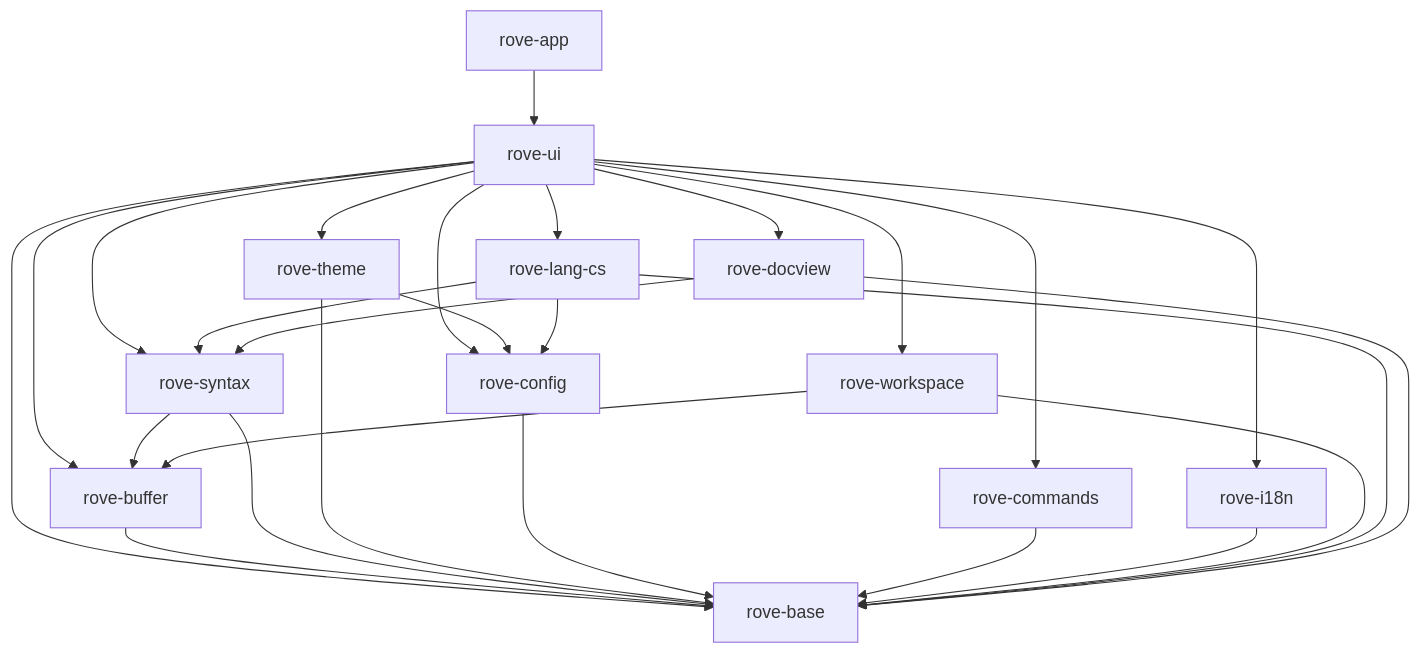
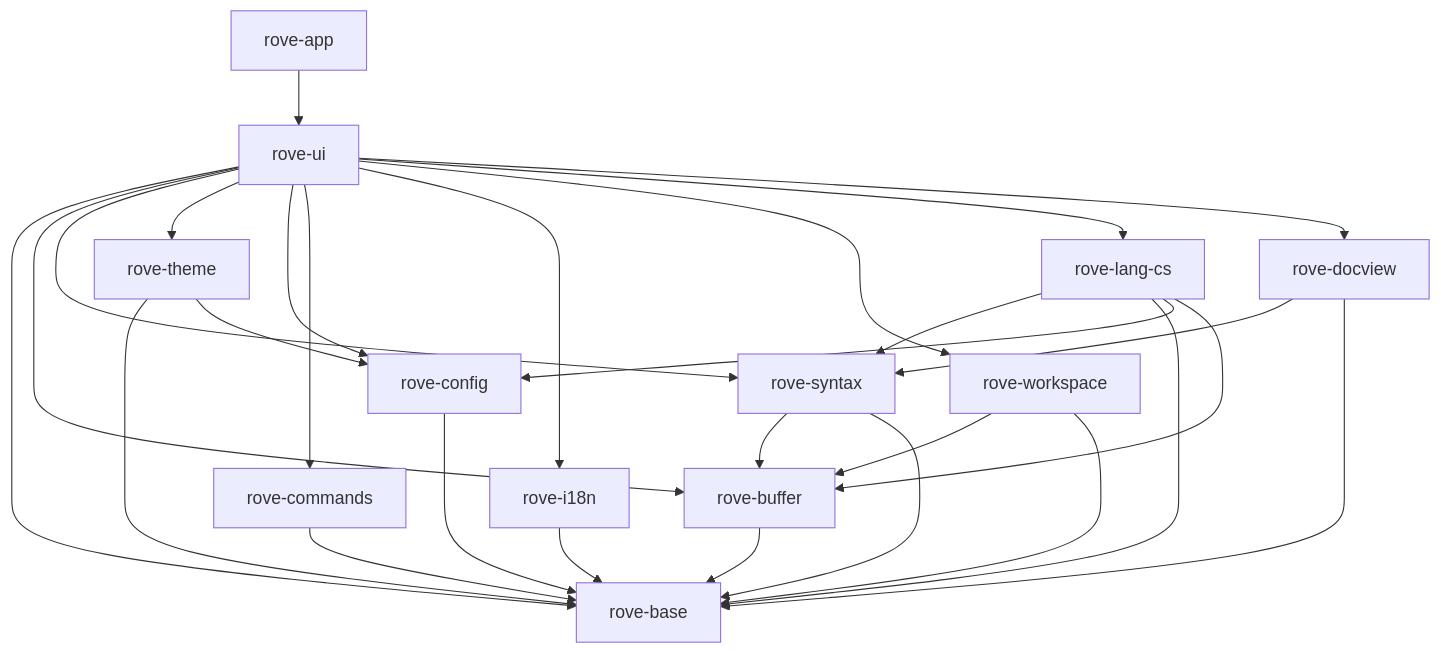
One commit to Zhao-wl/Rove changed the diagram in docs/ARCHITECTURE.md. Above: the diagram before and after it, drawn with Mermaid. The commit also changed other lines of this file and 17 other files, not shown here.

````diff
--- a/docs/ARCHITECTURE.md
+++ b/docs/ARCHITECTURE.md
@@ -16,29 +16,30 @@
 ```mermaid
 flowchart TD
  app[rove-app] --> ui[rove-ui]
  ui --> base[rove-base]
  ui --> buffer[rove-buffer]
  ui --> syntax[rove-syntax]
  ui --> theme[rove-theme]
  ui --> config[rove-config]
  ui --> commands[rove-commands]
  ui --> i18n[rove-i18n]
  ui --> workspace[rove-workspace]
  ui --> cs[rove-lang-cs]
  ui --> docview[rove-docview]
  buffer --> base
  syntax --> buffer
  syntax --> base
  theme --> base
  theme --> config
  config --> base
  commands --> base
  i18n --> base
  workspace --> buffer
  workspace --> base
  cs --> syntax
  cs --> base
  docview --> syntax
  docview --> base
  cs --> config
+ cs --> buffer
 ```
````
